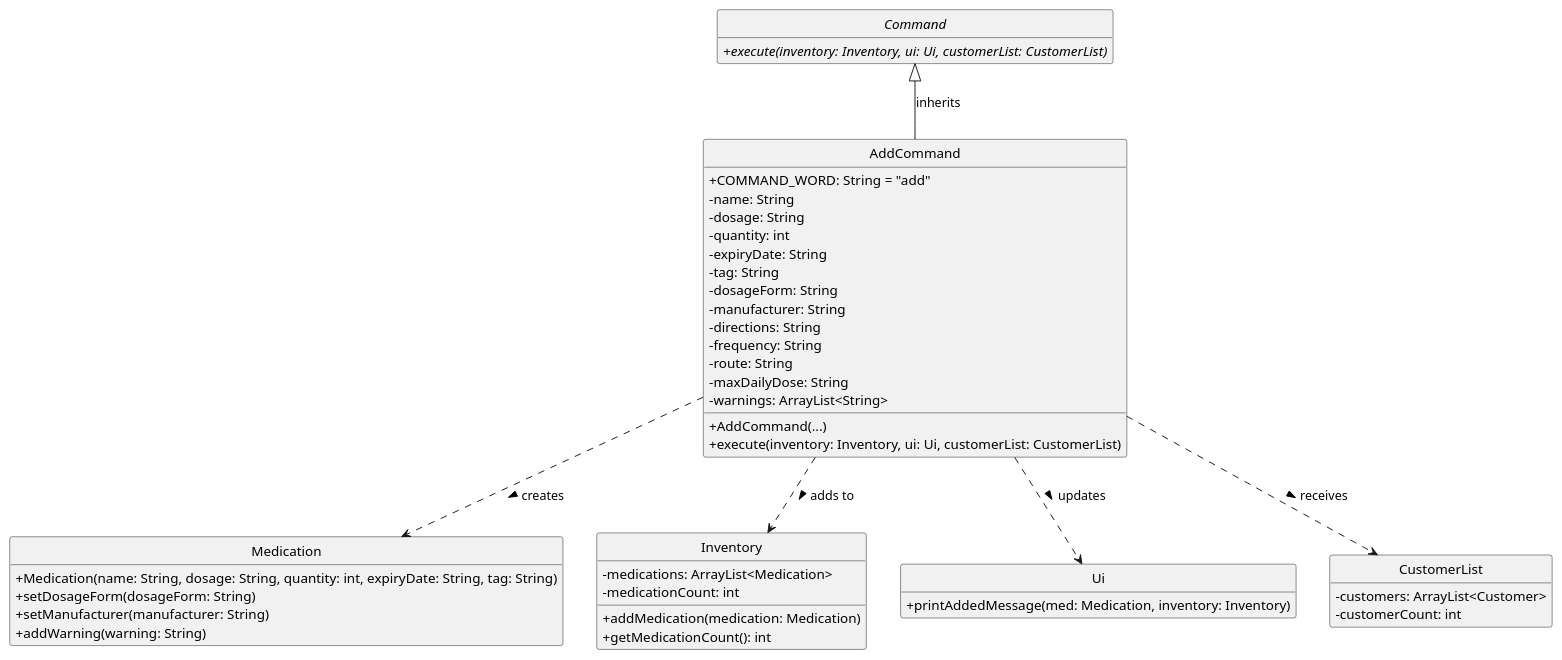
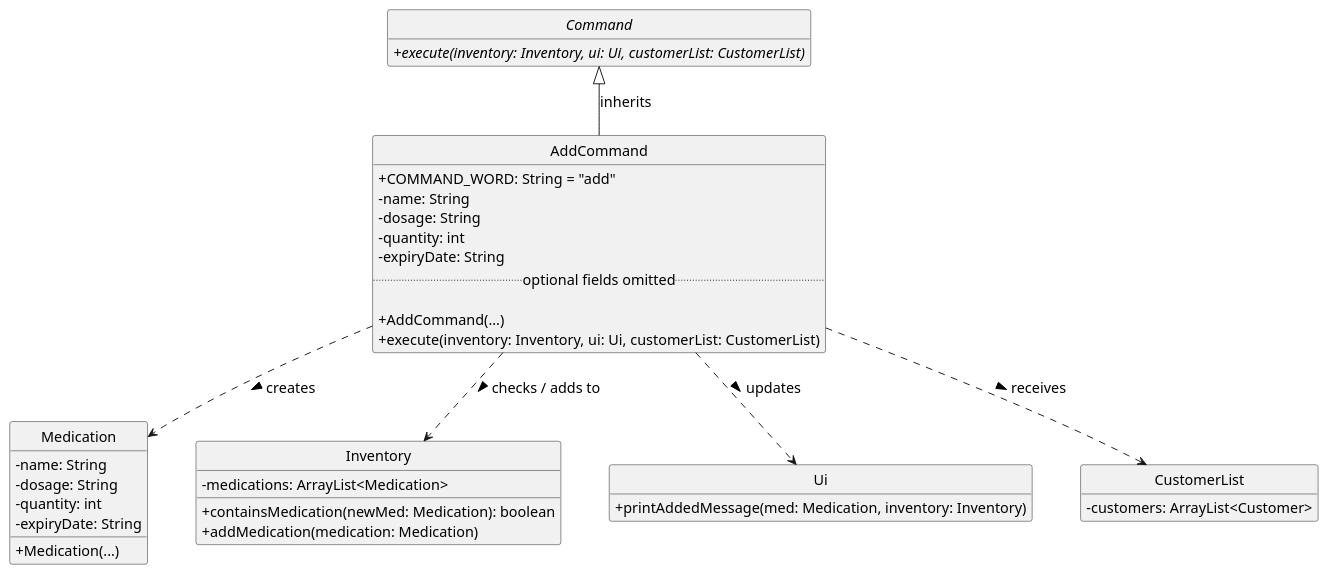
The diagram in docs/diagrams/AddCommandClassDiagram.puml (AY2526S2-CS2113-T10-3/tp), drawn with PlantUML before and after one commit. The commit also changed 6 other files, not shown here.

```diff
--- a/docs/diagrams/AddCommandClassDiagram.puml
+++ b/docs/diagrams/AddCommandClassDiagram.puml
@@ -1,60 +1,56 @@
 @startuml
+skinparam defaultFontSize 15
+skinparam nodesep 50
+skinparam ranksep 50
 skinparam classAttributeIconSize 0
 skinparam ArrowFontStyle plain
 hide empty members
 hide circle
 
 abstract class Command {
     + execute(inventory: Inventory, ui: Ui, customerList: CustomerList) {abstract}
 }
 
 class AddCommand {
     + COMMAND_WORD: String = "add"
     - name: String
     - dosage: String
     - quantity: int
     - expiryDate: String
-    - tag: String
-    - dosageForm: String
-    - manufacturer: String
-    - directions: String
-    - frequency: String
-    - route: String
-    - maxDailyDose: String
-    - warnings: ArrayList<String>
+    .. optional fields omitted ..
 
     + AddCommand(...)
     + execute(inventory: Inventory, ui: Ui, customerList: CustomerList)
 }
 
 class Medication {
-    + Medication(name: String, dosage: String, quantity: int, expiryDate: String, tag: String)
-    + setDosageForm(dosageForm: String)
-    + setManufacturer(manufacturer: String)
-    + addWarning(warning: String)
-    ' ... other setters
+    - name: String
+    - dosage: String
+    - quantity: int
+    - expiryDate: String
+
+    + Medication(...)
 }
 
 class Inventory {
     - medications: ArrayList<Medication>
-    - medicationCount: int
+
+    + containsMedication(newMed: Medication): boolean
     + addMedication(medication: Medication)
-    + getMedicationCount(): int
 }
 
 class Ui {
     + printAddedMessage(med: Medication, inventory: Inventory)
 }
 
 class CustomerList {
     - customers: ArrayList<Customer>
-    - customerCount: int
 }
 
 Command <|-- AddCommand : inherits
 AddCommand ..> Medication : creates >
-AddCommand ..> Inventory : adds to >
+AddCommand ..> Inventory : checks / adds to >
 AddCommand ..> Ui : updates >
 AddCommand ..> CustomerList : receives >
 
 @enduml
```
